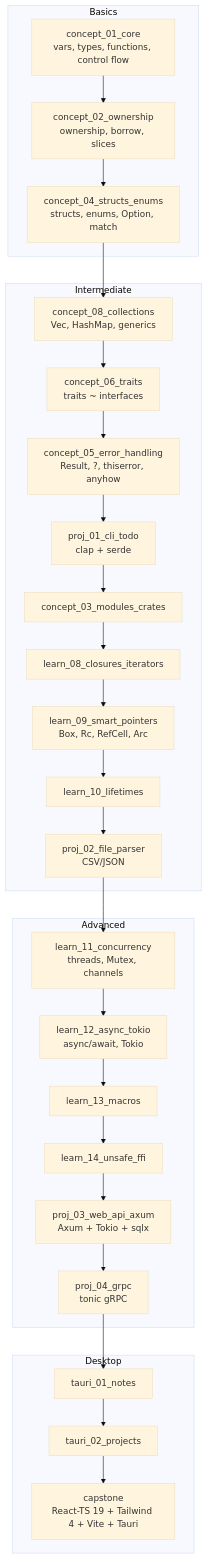
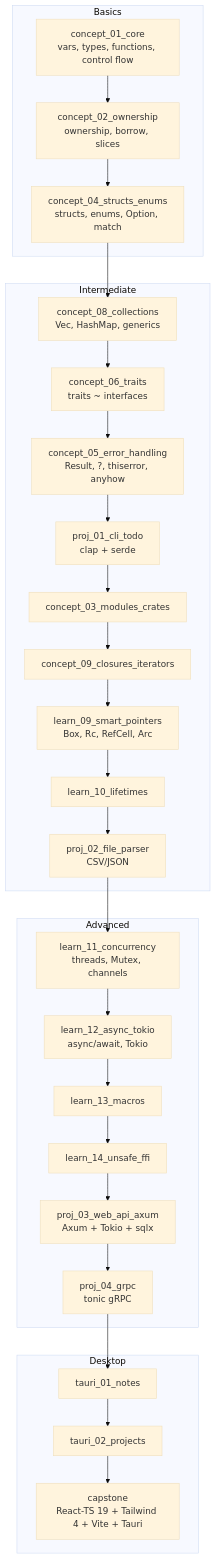
The diagram in README.md (devravinder/learn-rust), drawn with Mermaid (base theme) before and after one commit. The commit also changed 13 other files, not shown here.

Commit message:
feat: closures & iterators

````diff
--- a/README.md
+++ b/README.md
@@ -43,31 +43,31 @@
 ```mermaid
 graph TD
     subgraph Basics
         A[concept_01_core<br/>vars, types, functions, control flow] --> B[concept_02_ownership<br/>ownership, borrow, slices]
         B --> C[concept_04_structs_enums<br/>structs, enums, Option, match]
     end
     subgraph Intermediate
         C --> D[concept_08_collections<br/>Vec, HashMap, generics]
         D --> E[concept_06_traits<br/>traits ~ interfaces]
         E --> F[concept_05_error_handling<br/>Result, ?, thiserror, anyhow]
         F --> P1[proj_01_cli_todo<br/>clap + serde]
         P1 --> G[concept_03_modules_crates]
-        G --> H[learn_08_closures_iterators]
+        G --> H[concept_09_closures_iterators]
         H --> I[learn_09_smart_pointers<br/>Box, Rc, RefCell, Arc]
         I --> J[learn_10_lifetimes]
         J --> P2[proj_02_file_parser<br/>CSV/JSON]
     end
     subgraph Advanced
         P2 --> K[learn_11_concurrency<br/>threads, Mutex, channels]
         K --> L[learn_12_async_tokio<br/>async/await, Tokio]
         L --> M[learn_13_macros]
         M --> N[learn_14_unsafe_ffi]
         N --> P3[proj_03_web_api_axum<br/>Axum + Tokio + sqlx]
         P3 --> P4[proj_04_grpc<br/>tonic gRPC]
     end
     subgraph Desktop
         P4 --> T1[tauri_01_notes]
         T1 --> T2[tauri_02_projects]
         T2 --> CAP[capstone<br/>React-TS 19 + Tailwind 4 + Vite + Tauri]
     end
 ```
````
